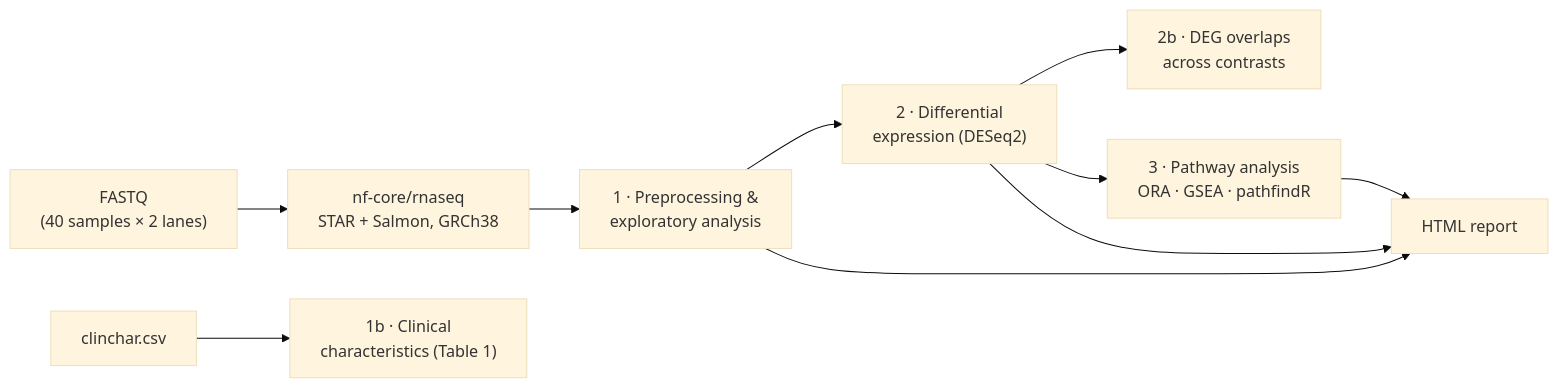
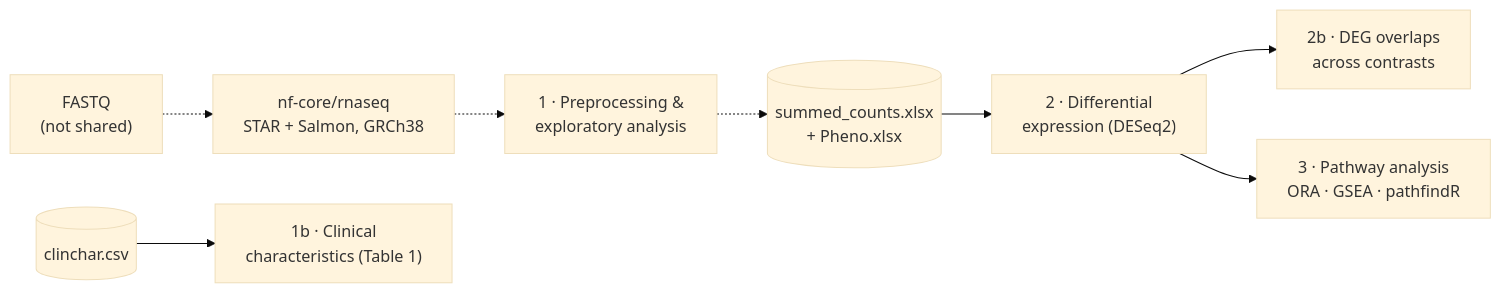
The diagram in README.md (sionaris/tscc_recurrence), drawn with Mermaid (base theme) before and after one commit. The commit also changed other lines of this file and 22 other files, not shown here.

````diff
--- a/README.md
+++ b/README.md
@@ -42,10 +44,10 @@
 ```mermaid
 flowchart LR
-    A["FASTQ<br/>(40 samples × 2 lanes)"] --> B["nf-core/rnaseq<br/>STAR + Salmon, GRCh38"]
-    B --> C["1 · Preprocessing &<br/>exploratory analysis"]
-    K["clinchar.csv"] --> D["1b · Clinical<br/>characteristics (Table 1)"]
-    C --> E["2 · Differential<br/>expression (DESeq2)"]
+    A["FASTQ<br/>(not shared)"] -.-> B["nf-core/rnaseq<br/>STAR + Salmon, GRCh38"]
+    B -.-> C["1 · Preprocessing &<br/>exploratory analysis"]
+    C -.-> S[("summed_counts.xlsx<br/>+ Pheno.xlsx")]
+    S --> E["2 · Differential<br/>expression (DESeq2)"]
+    K[("clinchar.csv")] --> D["1b · Clinical<br/>characteristics (Table 1)"]
     E --> F["2b · DEG overlaps<br/>across contrasts"]
     E --> G["3 · Pathway analysis<br/>ORA · GSEA · pathfindR"]
-    C & E & G --> H["HTML report"]
 ```
````
